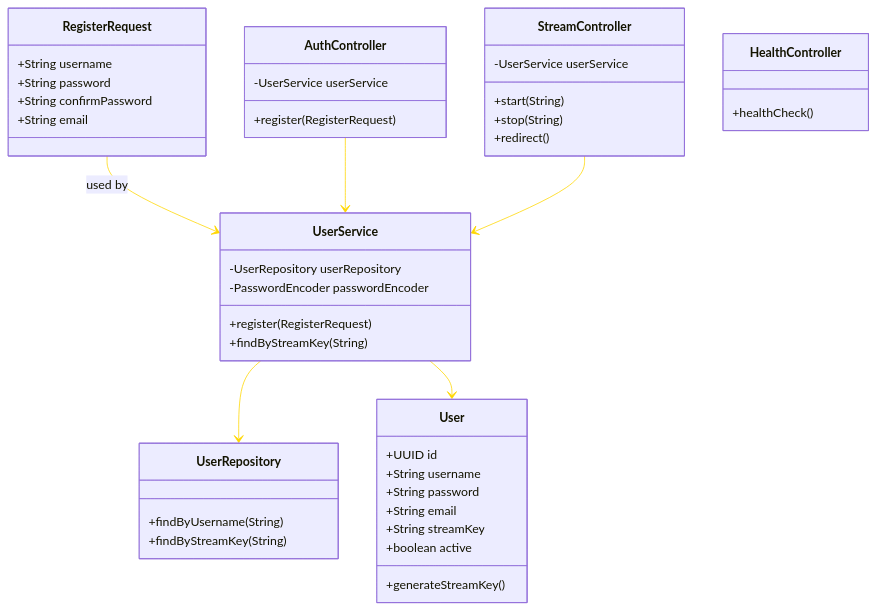
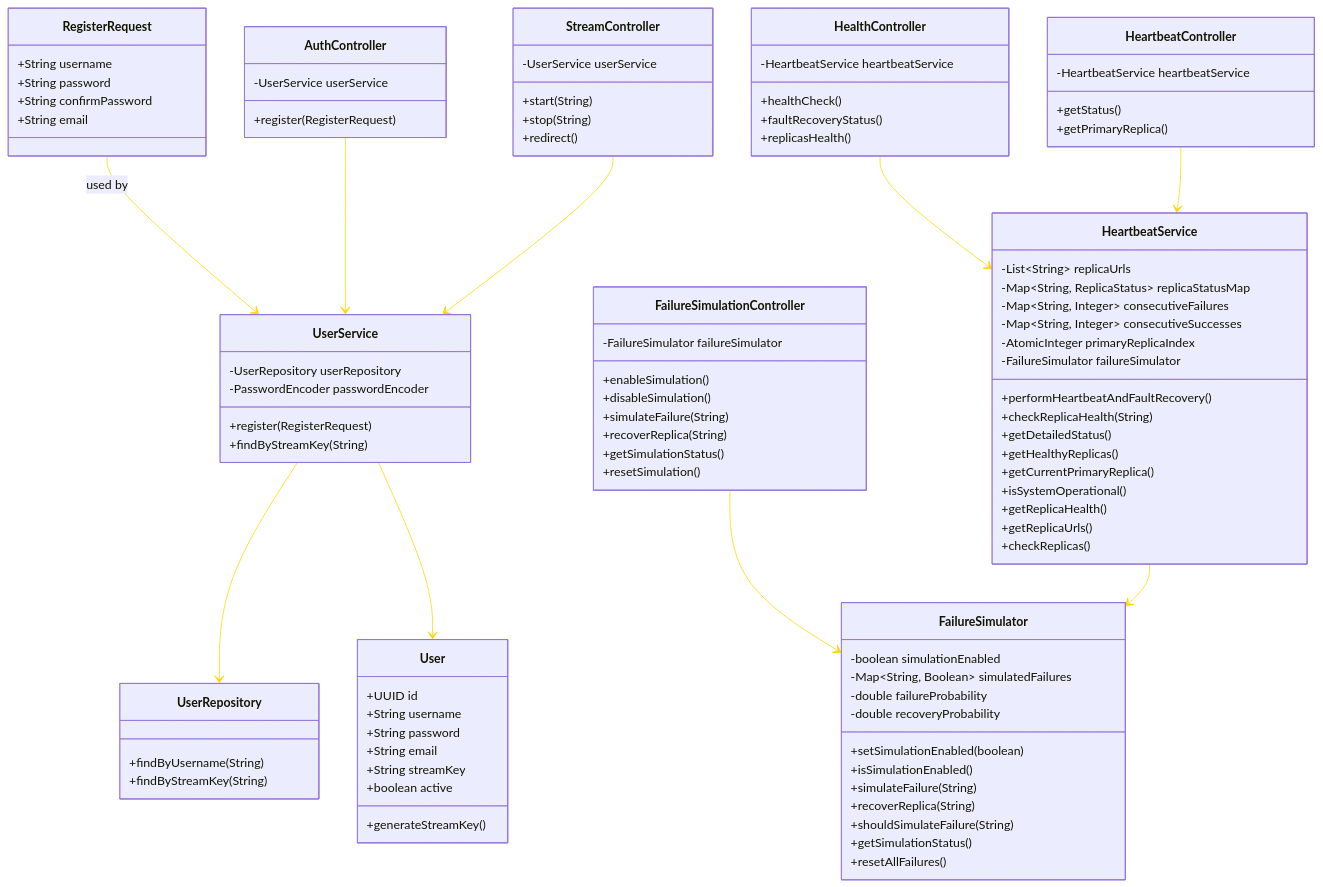
Before and after one commit to ajbarea/fault-recovery-redundancy: the diagram in README.md, drawn with Mermaid. The commit also changed other lines of this file, not shown here.

Commit message:
docs: update README to reflect fault recovery architecture and features

````diff
--- a/README.md
+++ b/README.md
@@ -27,5 +41,4 @@
 ```mermaid
-
 %%{init: {'theme': 'default', 'themeVariables': { 'lineColor': '#FFD700' }}}%%
 classDiagram
    class RegisterRequest {
@@ -70,7 +83,58 @@
    }
 
    class HealthController {
+      -HeartbeatService heartbeatService
       +healthCheck()
+      +faultRecoveryStatus()
+      +replicasHealth()
+   }
+
+   class HeartbeatController {
+      -HeartbeatService heartbeatService
+      +getStatus()
+      +getPrimaryReplica()
+   }
+
+   class HeartbeatService {
+      -List~String~ replicaUrls
+      -Map~String, ReplicaStatus~ replicaStatusMap
+      -Map~String, Integer~ consecutiveFailures
+      -Map~String, Integer~ consecutiveSuccesses
+      -AtomicInteger primaryReplicaIndex
+      -FailureSimulator failureSimulator
+      +performHeartbeatAndFaultRecovery()
+      +checkReplicaHealth(String)
+      +getDetailedStatus()
+      +getHealthyReplicas()
+      +getCurrentPrimaryReplica()
+      +isSystemOperational()
+      +getReplicaHealth()
+      +getReplicaUrls()
+      +checkReplicas()
+   }
+
+   class FailureSimulationController {
+      -FailureSimulator failureSimulator
+      +enableSimulation()
+      +disableSimulation()
+      +simulateFailure(String)
+      +recoverReplica(String)
+      +getSimulationStatus()
+      +resetSimulation()
+   }
+
+   class FailureSimulator {
+      -boolean simulationEnabled
+      -Map~String, Boolean~ simulatedFailures
+      -double failureProbability
+      -double recoveryProbability
+      +setSimulationEnabled(boolean)
+      +isSimulationEnabled()
+      +simulateFailure(String)
+      +recoverReplica(String)
+      +shouldSimulateFailure(String)
+      +getSimulationStatus()
+      +resetAllFailures()
    }
 
    RegisterRequest --> UserService : used by
@@ -78,5 +142,8 @@
    UserService --> User
    AuthController --> UserService
    StreamController --> UserService
-
+   HealthController --> HeartbeatService
+   HeartbeatController --> HeartbeatService
+   FailureSimulationController --> FailureSimulator
+   HeartbeatService --> FailureSimulator
 ```
````
